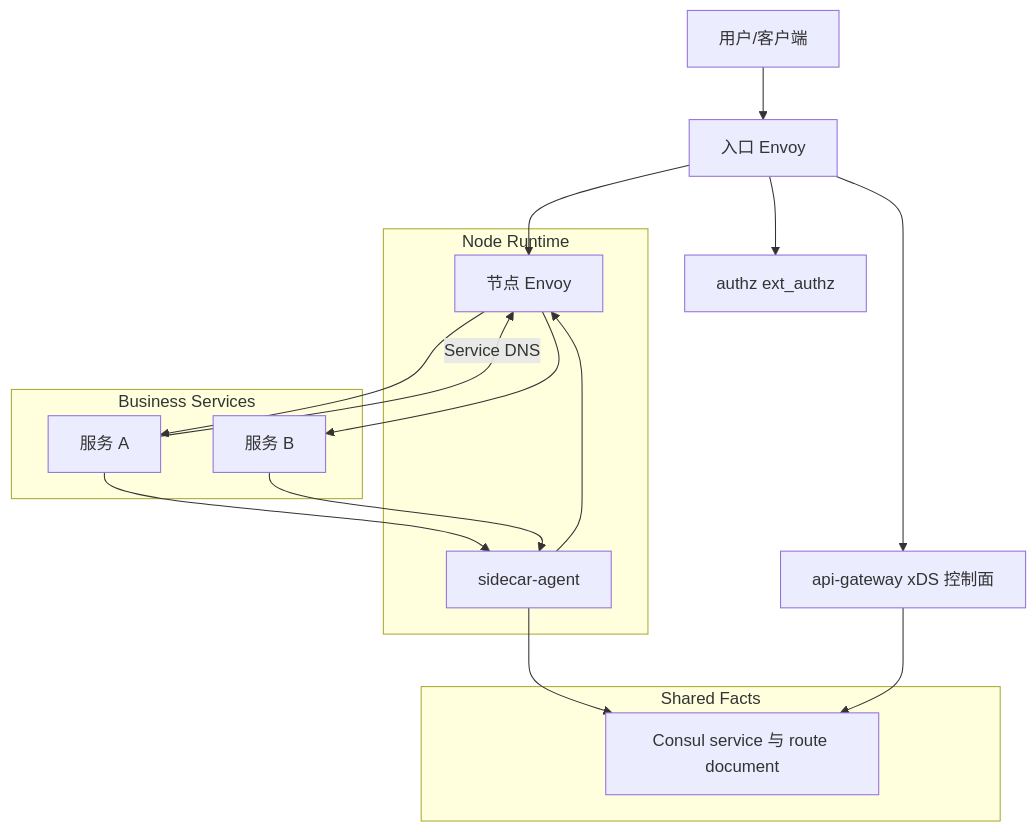
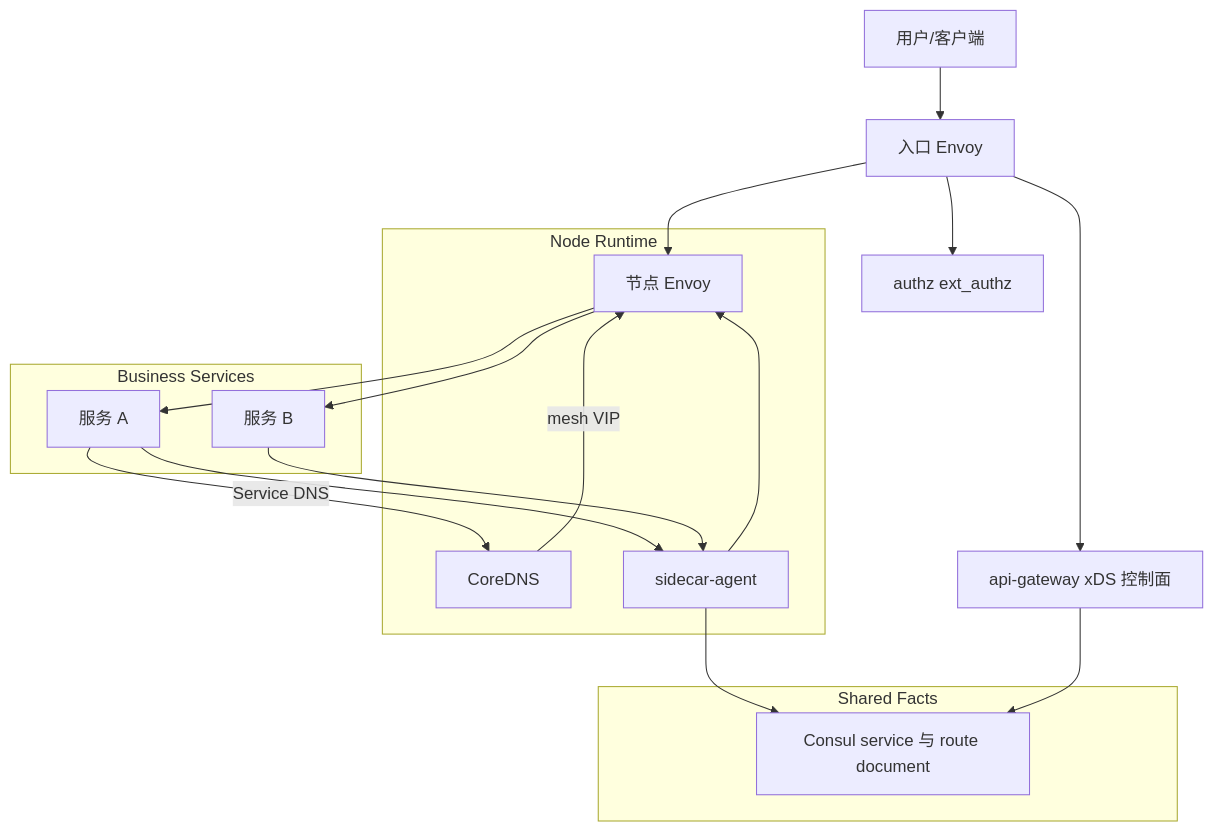
One commit to fireflycore/docs changed the first of 2 diagrams in packages/zh/docs/intro/framework.md. Above: the diagram before and after it, drawn with Mermaid. The commit also changed other lines of this file and 4 other files, not shown here.

````diff
--- a/packages/zh/docs/intro/framework.md
+++ b/packages/zh/docs/intro/framework.md
@@ -11,30 +11,32 @@
 ```mermaid
 graph TD
     User[用户/客户端] --> EntryEnvoy[入口 Envoy]
     EntryEnvoy --> ApiGateway[api-gateway xDS 控制面]
     EntryEnvoy --> Authz[authz ext_authz]
     EntryEnvoy --> NodeEnvoy[节点 Envoy]
 
     subgraph "Node Runtime"
+        NodeDNS[CoreDNS]
         Agent[sidecar-agent]
         NodeEnvoy
     end
 
     subgraph "Business Services"
         ServiceA[服务 A]
         ServiceB[服务 B]
     end
 
     subgraph "Shared Facts"
         Consul[Consul service 与 route document]
     end
 
     ServiceA --> Agent
     ServiceB --> Agent
     Agent --> Consul
     ApiGateway --> Consul
     Agent --> NodeEnvoy
     NodeEnvoy --> ServiceA
     NodeEnvoy --> ServiceB
-    ServiceA -->|Service DNS| NodeEnvoy
+    ServiceA -->|Service DNS| NodeDNS
+    NodeDNS -->|mesh VIP| NodeEnvoy
 ```
````
